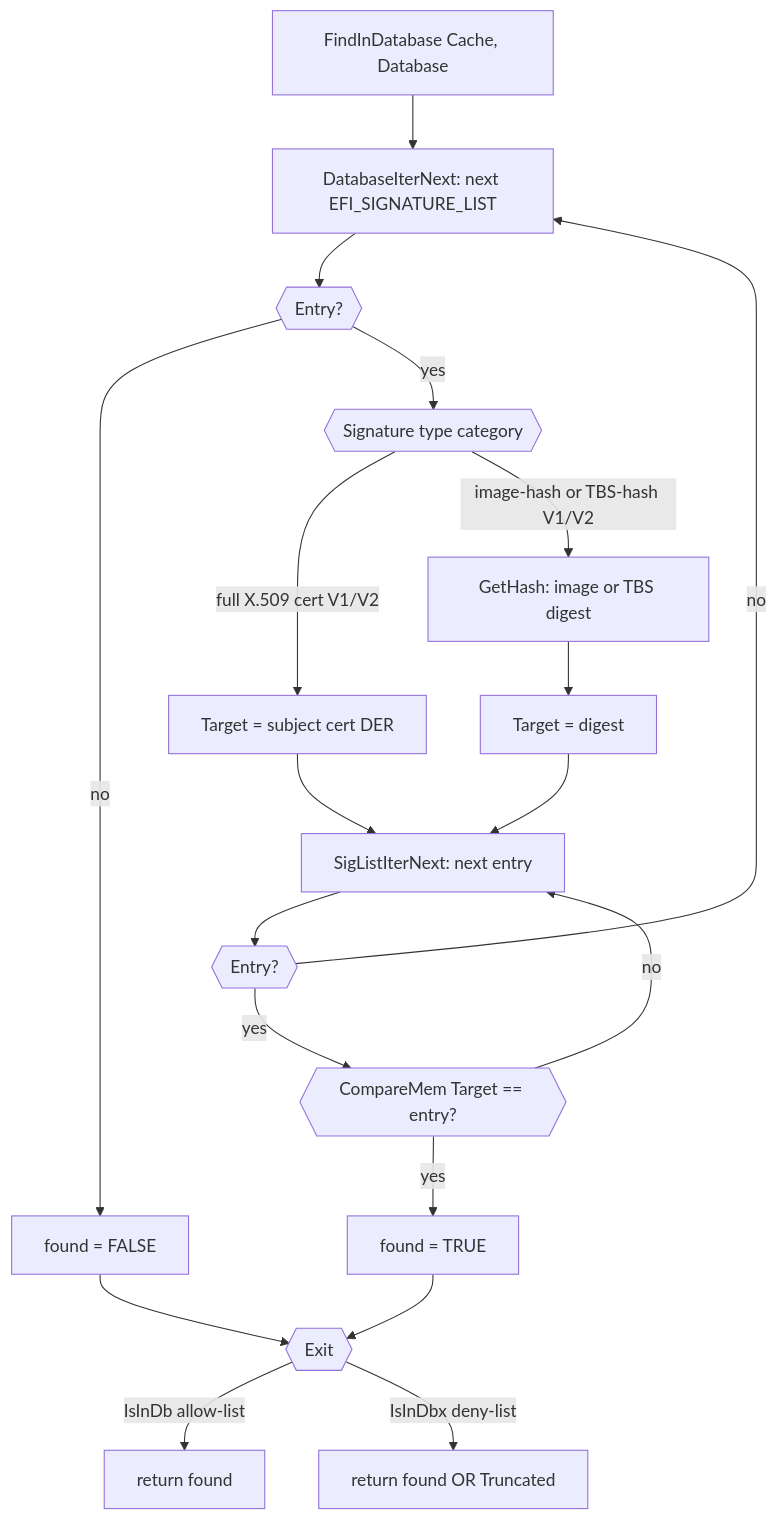
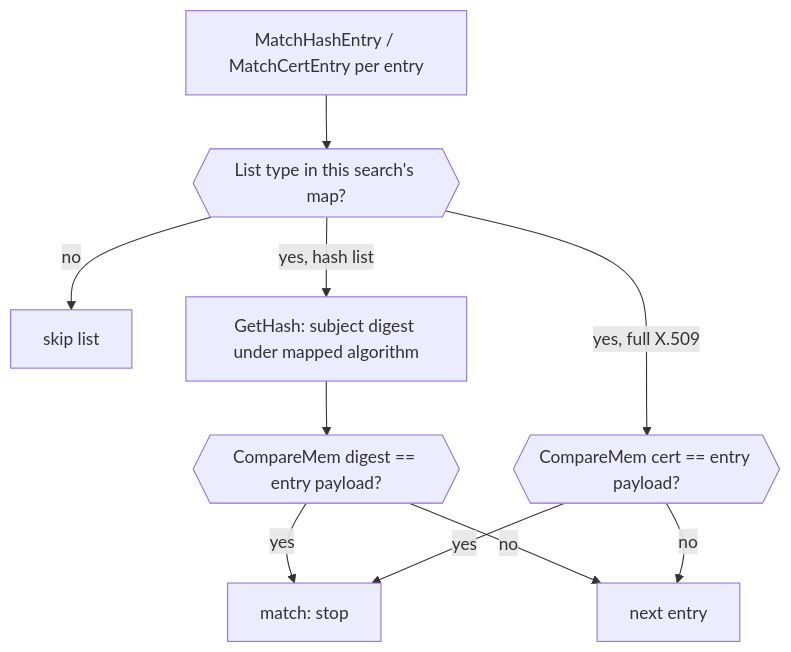
Before and after one commit to microsoft/mu_basecore: the third of 5 diagrams in SecurityPkg/Library/DxeImageVerificationLib2/README.md, drawn with Mermaid. The commit also changed other lines of this file and 10 other files, not shown here.

Commit message:
DxeImageVerificationLib: Use dynamic cache

````diff
--- a/SecurityPkg/Library/DxeImageVerificationLib2/README.md
+++ b/SecurityPkg/Library/DxeImageVerificationLib2/README.md
@@ -173,21 +182,12 @@
 ```mermaid
 flowchart TD
-    A[FindInDatabase Cache, Database] --> E[DatabaseIterNext: next EFI_SIGNATURE_LIST]
-    E --> E1{{Entry?}}
-    E1 -- no --> RF[found = FALSE]
-    E1 -- yes --> TY{{Signature type category}}
-    TY -- full X.509 cert V1/V2 --> STC[Target = subject cert DER]
-    TY -- image-hash or TBS-hash V1/V2 --> GH[GetHash: image or TBS digest]
-    GH --> STH[Target = digest]
-    STC --> EN[SigListIterNext: next entry]
-    STH --> EN
-    EN --> EN1{{Entry?}}
-    EN1 -- no --> E
-    EN1 -- yes --> CM{{CompareMem Target == entry?}}
-    CM -- no --> EN
-    CM -- yes --> FD[found = TRUE]
-    FD --> RET{{Exit}}
-    RF --> RET
-    RET -- IsInDb allow-list --> RB[return found]
-    RET -- IsInDbx deny-list --> RX[return found OR Truncated]
+    A[MatchHashEntry / MatchCertEntry per entry] --> M{{List type in this search's map?}}
+    M -- no --> SK[skip list]
+    M -- yes, hash list --> GH[GetHash: subject digest under mapped algorithm]
+    GH --> CM{{CompareMem digest == entry payload?}}
+    M -- yes, full X.509 --> CC{{CompareMem cert == entry payload?}}
+    CM -- yes --> FD[match: stop]
+    CC -- yes --> FD
+    CM -- no --> NX[next entry]
+    CC -- no --> NX
 ```
````
